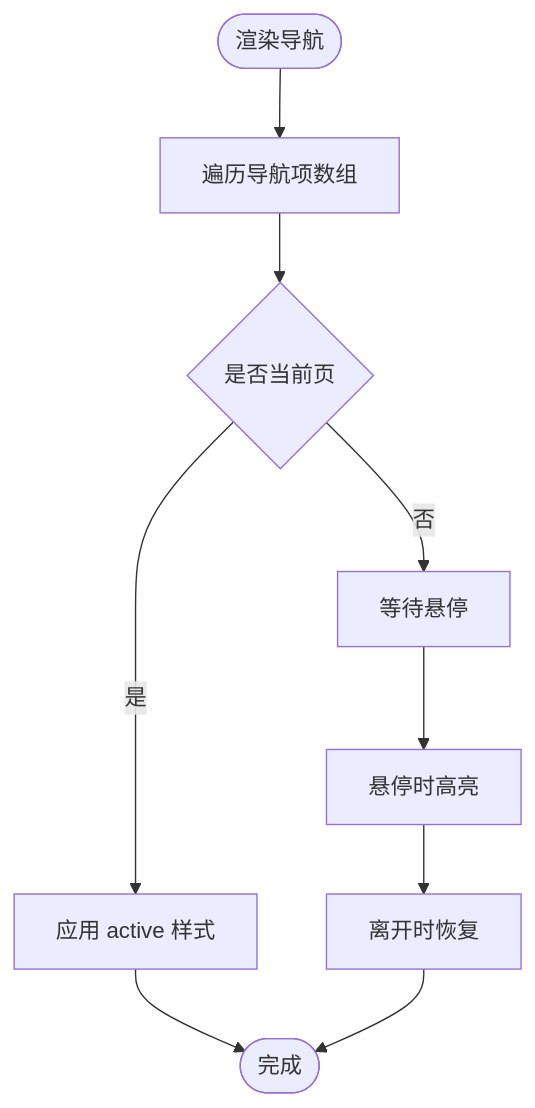
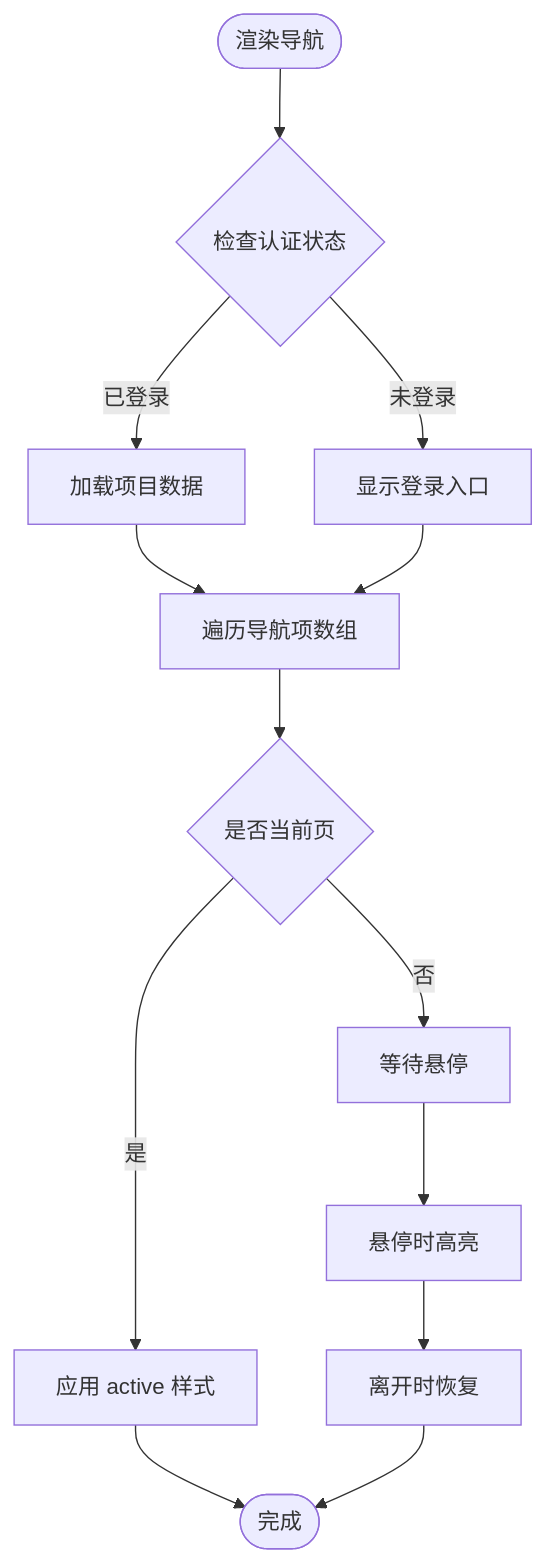
One commit to zhangdahai112/LocalManus changed the third of 8 diagrams in .qoder/repowiki/zh/content/前端用户界面/Sidebar 侧边栏组件.md. Above: the diagram before and after it, drawn with Mermaid. The commit also changed other lines of this file and 4 other files, not shown here.

````diff
--- a/.qoder/repowiki/zh/content/前端用户界面/Sidebar 侧边栏组件.md
+++ b/.qoder/repowiki/zh/content/前端用户界面/Sidebar 侧边栏组件.md
@@ -118,11 +132,15 @@
 ```mermaid
 flowchart TD
-Start(["渲染导航"]) --> NavItems["遍历导航项数组"]
+Start(["渲染导航"]) --> CheckAuth{"检查认证状态"}
+CheckAuth --> |已登录| LoadProjects["加载项目数据"]
+CheckAuth --> |未登录| ShowLogin["显示登录入口"]
+LoadProjects --> NavItems["遍历导航项数组"]
+ShowLogin --> NavItems
 NavItems --> ActiveCheck{"是否当前页"}
 ActiveCheck --> |是| ApplyActive["应用 active 样式"]
 ActiveCheck --> |否| HoverState["等待悬停"]
 HoverState --> HoverEnter["悬停时高亮"]
 HoverEnter --> HoverLeave["离开时恢复"]
 ApplyActive --> End(["完成"])
 HoverLeave --> End
 ```
````
